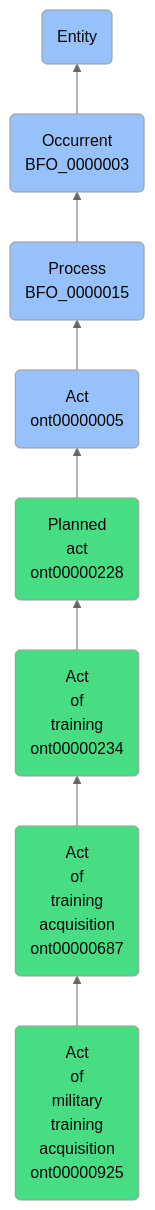
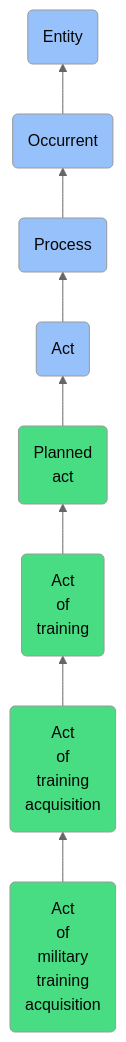
One commit to jupyter-naas/abi changed the diagram in docs/ontology/reference/model/Entity/Occurrent/Process/Act/Planned act/Act of training/Act of training acquisition/Act of military training acquisition/Act of military training acquisition.md. Above: the diagram before and after it, drawn with Mermaid (neutral theme). The commit also changed other lines of this file and 1430 other files, not shown here.

````diff
--- a/docs/ontology/reference/model/Entity/Occurrent/Process/Act/Planned act/Act of training/Act of training acquisition/Act of military training acquisition/Act of military training acquisition.md
+++ b/docs/ontology/reference/model/Entity/Occurrent/Process/Act/Planned act/Act of training/Act of training acquisition/Act of military training acquisition/Act of military training acquisition.md
@@ -24,15 +24,15 @@
 ```mermaid
 graph BT
-    ont00000925(Act<br>of<br>military<br>training<br>acquisition<br>ont00000925):::ABI-->ont00000687
-    ont00000687(Act<br>of<br>training<br>acquisition<br>ont00000687):::ABI-->ont00000234
-    ont00000234(Act<br>of<br>training<br>ont00000234):::ABI-->ont00000228
-    ont00000228(Planned<br>act<br>ont00000228):::ABI-->ont00000005
-    ont00000005(Act<br>ont00000005):::BFO-->BFO_0000015
-    BFO_0000015(Process<br>BFO_0000015):::BFO-->BFO_0000003
-    BFO_0000003(Occurrent<br>BFO_0000003):::BFO-->BFO_0000001
+    ont00000925(Act<br>of<br>military<br>training<br>acquisition):::ABI-->ont00000687
+    ont00000687(Act<br>of<br>training<br>acquisition):::ABI-->ont00000234
+    ont00000234(Act<br>of<br>training):::ABI-->ont00000228
+    ont00000228(Planned<br>act):::ABI-->ont00000005
+    ont00000005(Act):::BFO-->BFO_0000015
+    BFO_0000015(Process):::BFO-->BFO_0000003
+    BFO_0000003(Occurrent):::BFO-->BFO_0000001
     BFO_0000001(Entity):::BFO
     
     classDef BFO fill:#97c1fb,color:#060606
     classDef CCO fill:#e4c51e,color:#060606
     classDef ABI fill:#48DD82,color:#060606
 ```
````
